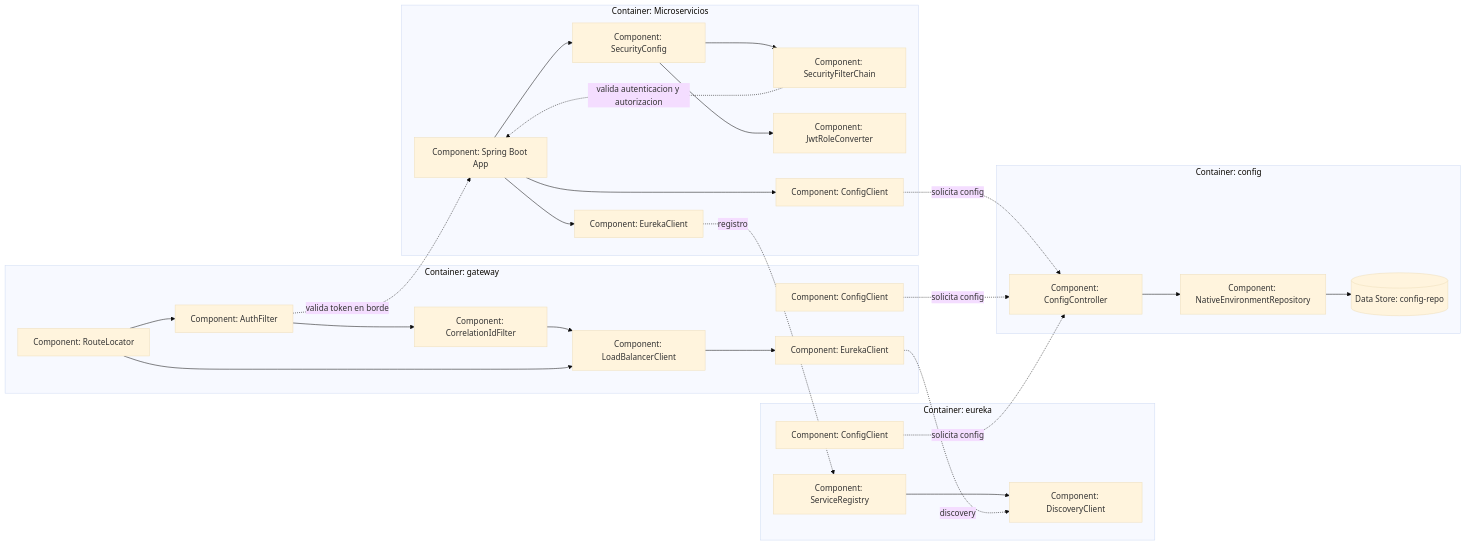
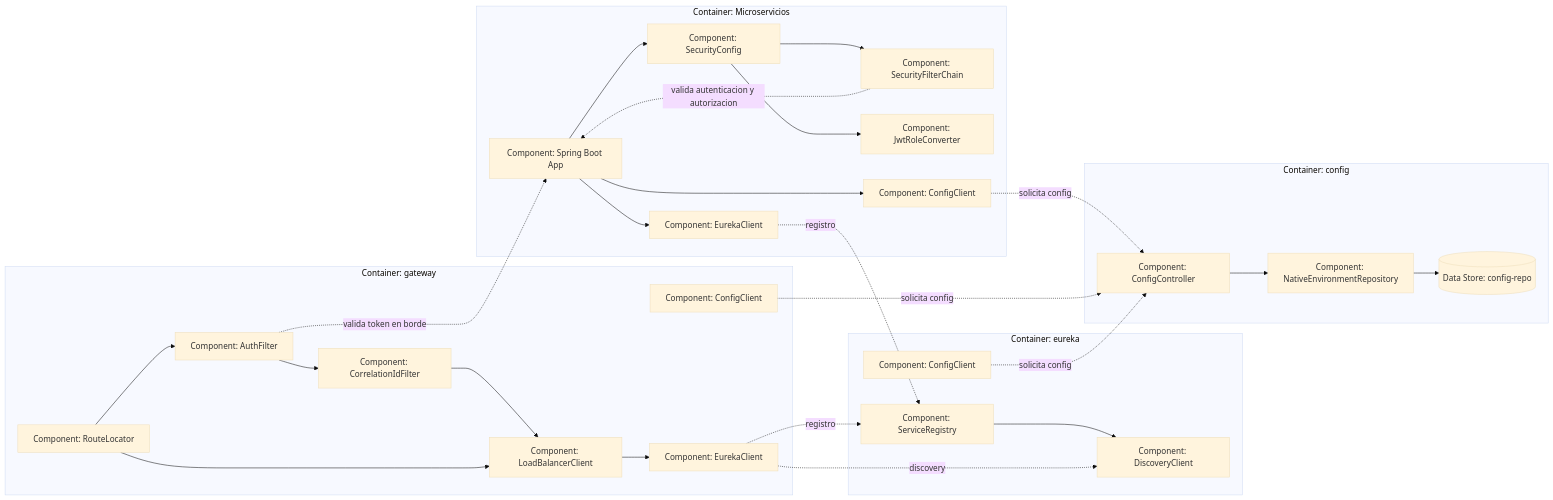
One commit to 262dist/pagatu changed the third of 10 diagrams in README_02_ARQUITECTURA_DETALLADA.md. Above: the diagram before and after it, drawn with Mermaid (base theme).

````diff
--- a/README_02_ARQUITECTURA_DETALLADA.md
+++ b/README_02_ARQUITECTURA_DETALLADA.md
@@ -60,57 +60,58 @@
 ```mermaid
 flowchart LR
     subgraph gateway["Container: gateway"]
         routeLocator["Component: RouteLocator"]
         authFilter["Component: AuthFilter"]
         traceFilter["Component: CorrelationIdFilter"]
         lbClient["Component: LoadBalancerClient"]
         gatewayDiscoveryClient["Component: EurekaClient"]
         gatewayConfigClient["Component: ConfigClient"]
 
         routeLocator --> authFilter
         authFilter --> traceFilter
         traceFilter --> lbClient
         lbClient --> gatewayDiscoveryClient
     end
 
     subgraph eureka["Container: eureka"]
         registry["Component: ServiceRegistry"]
         discovery["Component: DiscoveryClient"]
         eurekaConfigClient["Component: ConfigClient"]
 
         registry --> discovery
     end
 
     subgraph config["Container: config"]
         configController["Component: ConfigController"]
         nativeRepo["Component: NativeEnvironmentRepository"]
         configRepo[(Data Store: config-repo)]
 
         configController --> nativeRepo
         nativeRepo --> configRepo
     end
 
     subgraph ms["Container: Microservicios"]
         serviceApp["Component: Spring Boot App"]
         securityConfig["Component: SecurityConfig"]
         securityChain["Component: SecurityFilterChain"]
         roleConverter["Component: JwtRoleConverter"]
         eurekaClient["Component: EurekaClient"]
         configClient["Component: ConfigClient"]
 
         serviceApp --> securityConfig
         serviceApp --> eurekaClient
         serviceApp --> configClient
         securityConfig --> securityChain
         securityConfig --> roleConverter
     end
 
     routeLocator --> lbClient
     gatewayDiscoveryClient -. discovery .-> discovery
+    gatewayDiscoveryClient -. registro .-> registry
     authFilter -. valida token en borde .-> serviceApp
     securityChain -. valida autenticacion y autorizacion .-> serviceApp
     configClient -. solicita config .-> configController
     eurekaClient -. registro .-> registry
     gatewayConfigClient -. solicita config .-> configController
     eurekaConfigClient -. solicita config .-> configController
 ```
````
